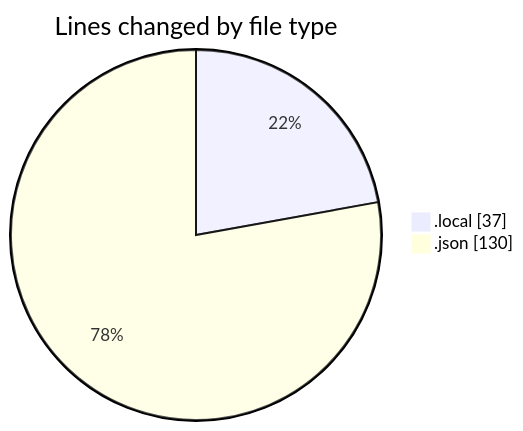
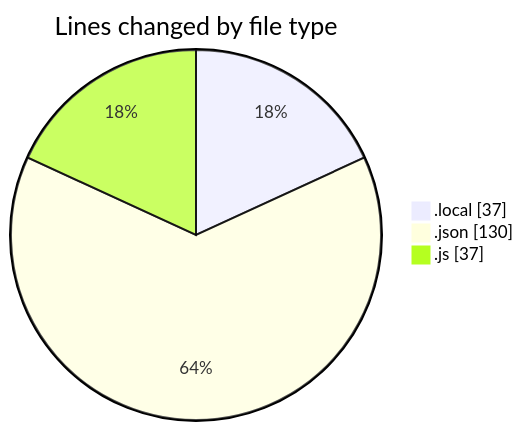
One commit to becaeroporto-bot/code-tracking changed the first of 2 diagrams in 2026-02-17/id_ia/README.md. Above: the diagram before and after it, drawn with Mermaid. The commit also changed other lines of this file and 1 other file, not shown here.

````diff
--- a/2026-02-17/id_ia/README.md
+++ b/2026-02-17/id_ia/README.md
@@ -21,6 +22,7 @@
 ```mermaid
 pie showData
 title Lines changed by file type
 ".local" : 37
 ".json" : 130
+".js" : 37
 ```
````
